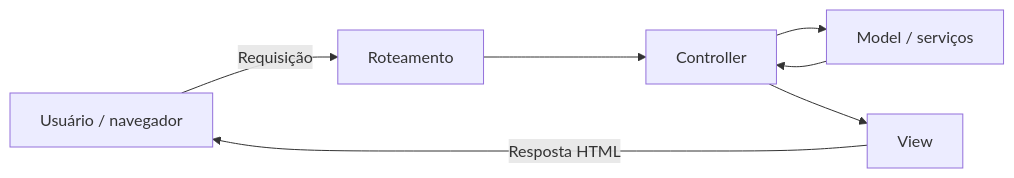
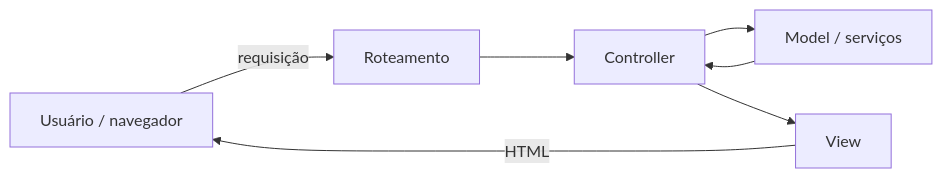
Before and after one commit to leorruas/puc: the first of 4 diagrams in 05. Desenvolvimento Web Back-End/05. Frameworks Web, MVC e mapeamento objeto-relacional.md, drawn with Mermaid. The commit also changed other lines of this file, not shown here.

Commit message:
Normaliza Mermaid de MVC e Entity Framework Core

````diff
--- a/05. Desenvolvimento Web Back-End/05. Frameworks Web, MVC e mapeamento objeto-relacional.md
+++ b/05. Desenvolvimento Web Back-End/05. Frameworks Web, MVC e mapeamento objeto-relacional.md
@@ -124,9 +124,15 @@
 ```mermaid
 flowchart LR
-    U["Usuário / navegador"] -->|"Requisição"| R["Roteamento"]
-    R --> C["Controller"]
-    C --> M["Model / serviços"]
-    M --> C
-    C --> V["View"]
-    V -->|"Resposta HTML"| U
+    Usuario["Usuário / navegador"]:::external
+    Rota["Roteamento"]:::component
+    Controller["Controller"]:::core
+    Model["Model / serviços"]:::component
+    View["View"]:::component
+
+    Usuario -->|"requisição"| Rota
+    Rota --> Controller
+    Controller --> Model
+    Model --> Controller
+    Controller --> View
+    View -->|"HTML"| Usuario
 ```
````
